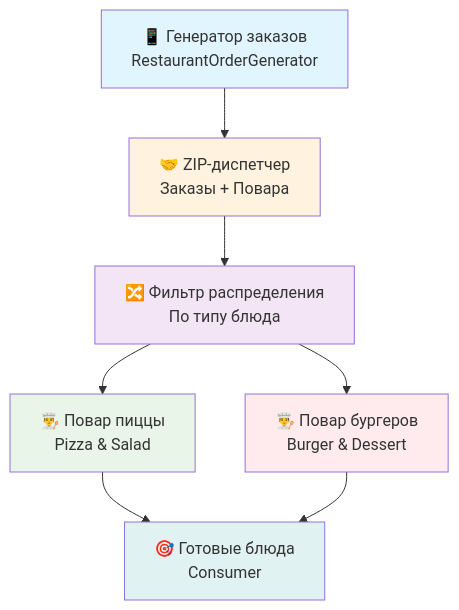
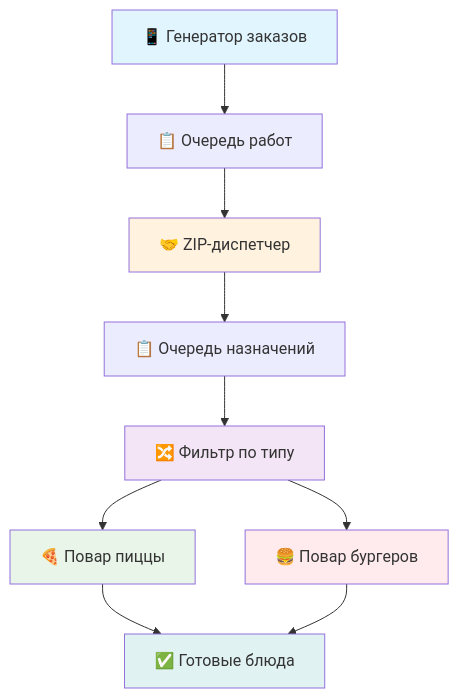
The second of 3 diagrams in README.md (litury/event-driven-restaurant), drawn with Mermaid before and after one commit. The commit also changed other lines of this file and 36 other files, not shown here.

````diff
--- a/README.md
+++ b/README.md
@@ -130,16 +138,18 @@
 ```mermaid
 graph TD
-    A[📱 Генератор заказов<br/>RestaurantOrderGenerator] --> B[🤝 ZIP-диспетчер<br/>Заказы + Повара]
-    B --> C[🔀 Фильтр распределения<br/>По типу блюда]
-    C --> D1[👨‍🍳 Повар пиццы<br/>Pizza & Salad]
-    C --> D2[👨‍🍳 Повар бургеров<br/>Burger & Dessert]
-    D1 --> E[🎯 Готовые блюда<br/>Consumer]
-    D2 --> E
+    A[📱 Генератор заказов] --> B[📋 Очередь работ]
+    B --> C[🤝 ZIP-диспетчер]
+    C --> D[📋 Очередь назначений]
+    D --> E[🔀 Фильтр по типу]
+    E --> F1[🍕 Повар пиццы]
+    E --> F2[🍔 Повар бургеров]
+    F1 --> G[✅ Готовые блюда]
+    F2 --> G
 
     style A fill:#e1f5fe
-    style B fill:#fff3e0
-    style C fill:#f3e5f5
-    style D1 fill:#e8f5e8
-    style D2 fill:#ffebee
-    style E fill:#e0f2f1
+    style C fill:#fff3e0
+    style E fill:#f3e5f5
+    style F1 fill:#e8f5e8
+    style F2 fill:#ffebee
+    style G fill:#e0f2f1
 ```
````
